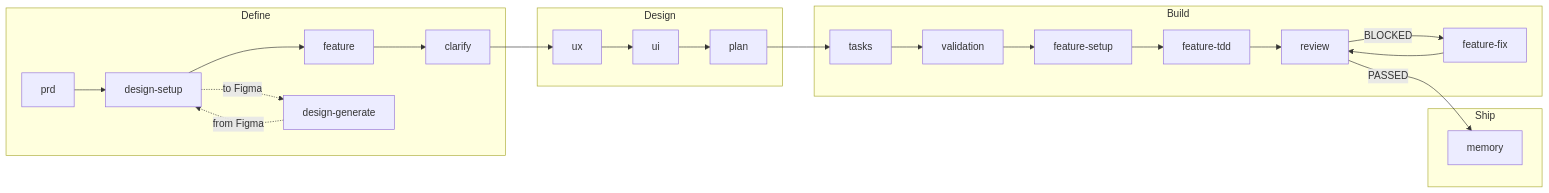
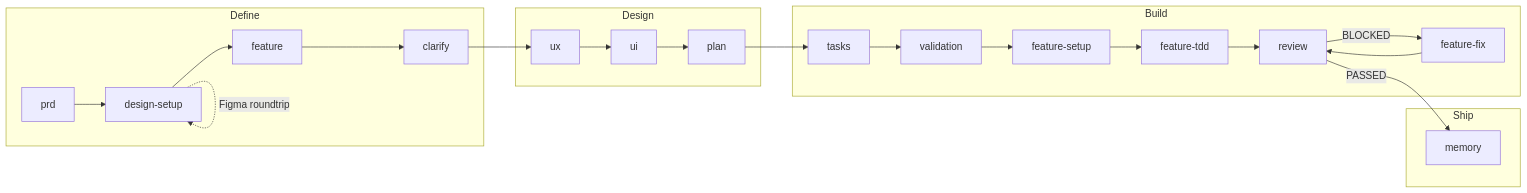
One commit to app-builders-club/mvp-builder changed the diagram in README.md. Above: the diagram before and after it, drawn with Mermaid. The commit also changed other lines of this file and 12 other files, not shown here.

````diff
--- a/README.md
+++ b/README.md
@@ -61,30 +61,29 @@
 ```mermaid
 flowchart LR
     subgraph DEFINE ["Define"]
         PRD["prd"] --> DSETUP["design-setup"]
         DSETUP --> FEATURE["feature"]
         FEATURE --> CLARIFY["clarify"]
-        DSETUP -.->|"to Figma"| DGEN["design-generate"]
-        DGEN -.->|"from Figma"| DSETUP
+        DSETUP -.->|"Figma roundtrip"| DSETUP
     end
     
     subgraph DESIGN ["Design"]
         CLARIFY --> UX["ux"]
         UX --> UI["ui"]
         UI --> PLAN["plan"]
     end
     
     subgraph BUILD ["Build"]
         PLAN --> TASKS["tasks"]
         TASKS --> VAL["validation"]
         VAL --> SETUP["feature-setup"]
         SETUP --> TDD["feature-tdd"]
         TDD --> REVIEW["review"]
         REVIEW -->|BLOCKED| FIX["feature-fix"]
         FIX --> REVIEW
     end
     
     subgraph SHIP ["Ship"]
         REVIEW -->|PASSED| MEMORY["memory"]
     end
 ```
````
